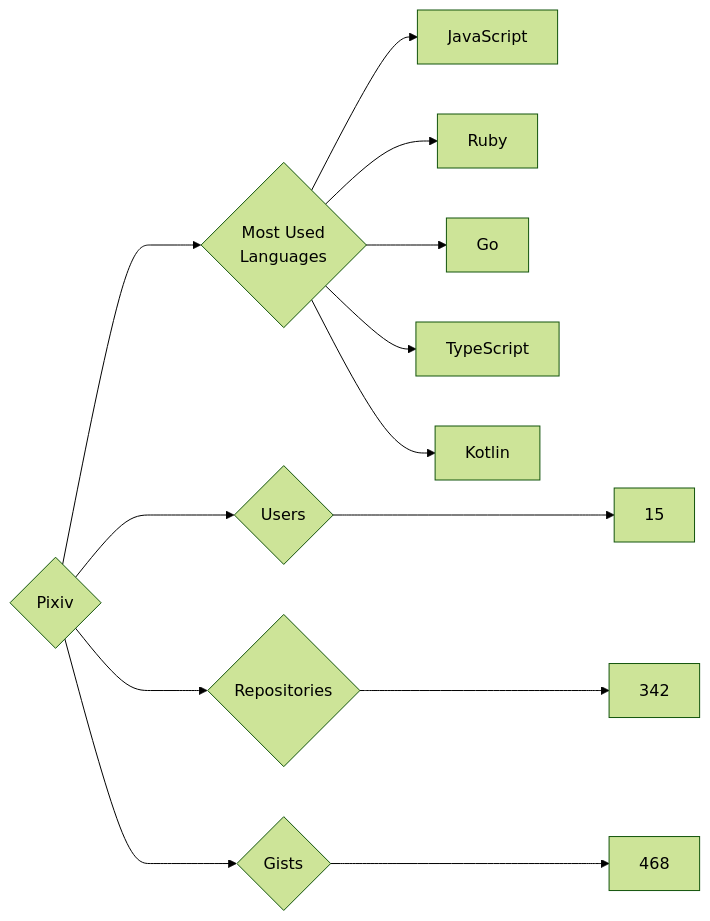
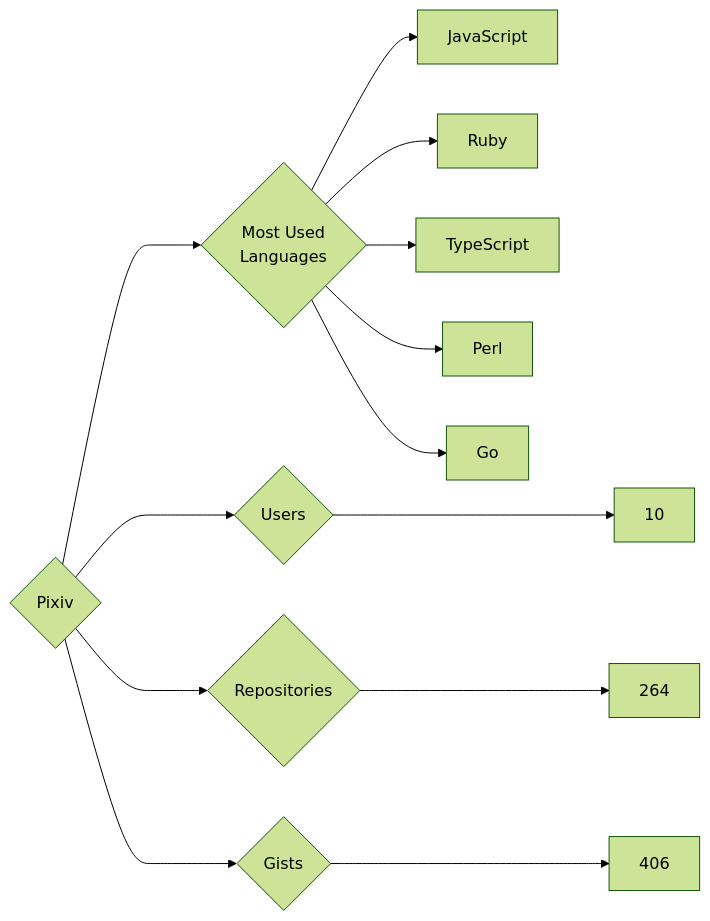
The diagram in targets/Pixiv/README.md (trickest/insiders), drawn with Mermaid (forest theme) before and after one commit. The commit also changed 886 other files, not shown here.

````diff
--- a/targets/Pixiv/README.md
+++ b/targets/Pixiv/README.md
@@ -3,13 +3,13 @@
 ```mermaid
 graph LR
 COMPANY_NAME{Pixiv}
-COMPANY_NAME ---> U{Users} ---> UN[15]
-COMPANY_NAME ---> R{Repositories} ---> RN[342]
-COMPANY_NAME ---> G{Gists} ---> GN[468]
+COMPANY_NAME ---> U{Users} ---> UN[10]
+COMPANY_NAME ---> R{Repositories} ---> RN[264]
+COMPANY_NAME ---> G{Gists} ---> GN[406]
 COMPANY_NAME ---> ML{Most Used<br>Languages}
 ML --> JavaScript[JavaScript]
 ML --> Ruby[Ruby]
+ML --> TypeScript[TypeScript]
+ML --> Perl[Perl]
 ML --> Go[Go]
-ML --> TypeScript[TypeScript]
-ML --> Kotlin[Kotlin]
 ```
````
